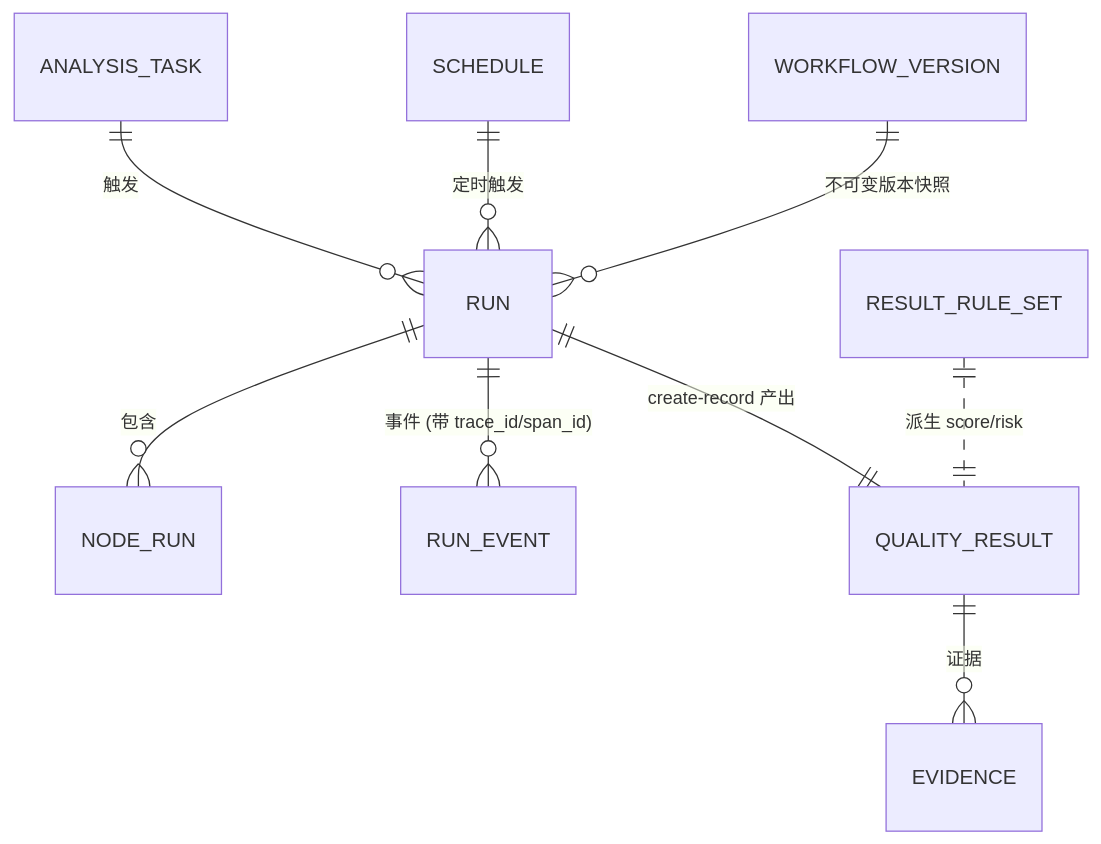
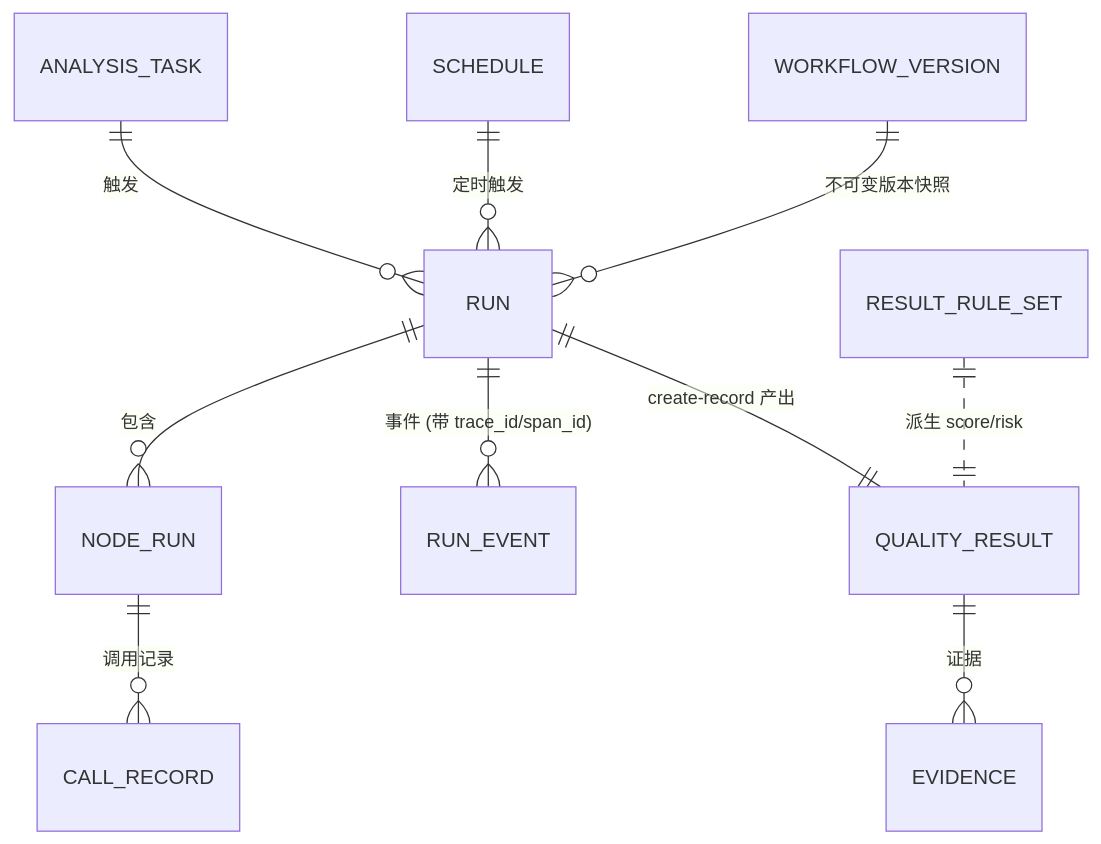
Before and after one commit to huiliuxu780/MoreThanCorn: the second of 4 diagrams in .qoder/repowiki/zh/content/任务与执行域.md, drawn with Mermaid. The commit also changed other lines of this file and 8 other files, not shown here.

````diff
--- a/.qoder/repowiki/zh/content/任务与执行域.md
+++ b/.qoder/repowiki/zh/content/任务与执行域.md
@@ -109,11 +114,12 @@
 ```mermaid
 erDiagram
 ANALYSIS_TASK ||--o{ RUN : "触发"
 SCHEDULE ||--o{ RUN : "定时触发"
 WORKFLOW_VERSION ||--o{ RUN : "不可变版本快照"
 RUN ||--o{ NODE_RUN : "包含"
 RUN ||--o{ RUN_EVENT : "事件 (带 trace_id/span_id)"
 RUN ||--|| QUALITY_RESULT : "create-record 产出"
 QUALITY_RESULT ||--o{ EVIDENCE : "证据"
+NODE_RUN ||--o{ CALL_RECORD : "调用记录"
 RESULT_RULE_SET ||..|| QUALITY_RESULT : "派生 score/risk"
 ```
````
